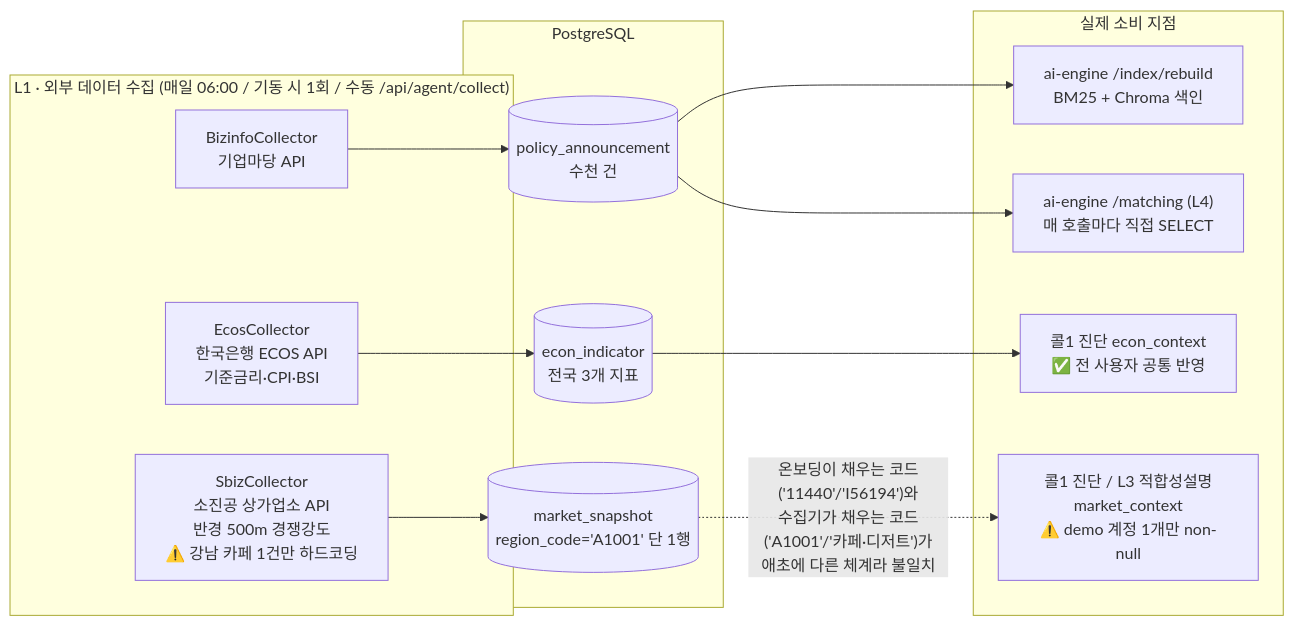
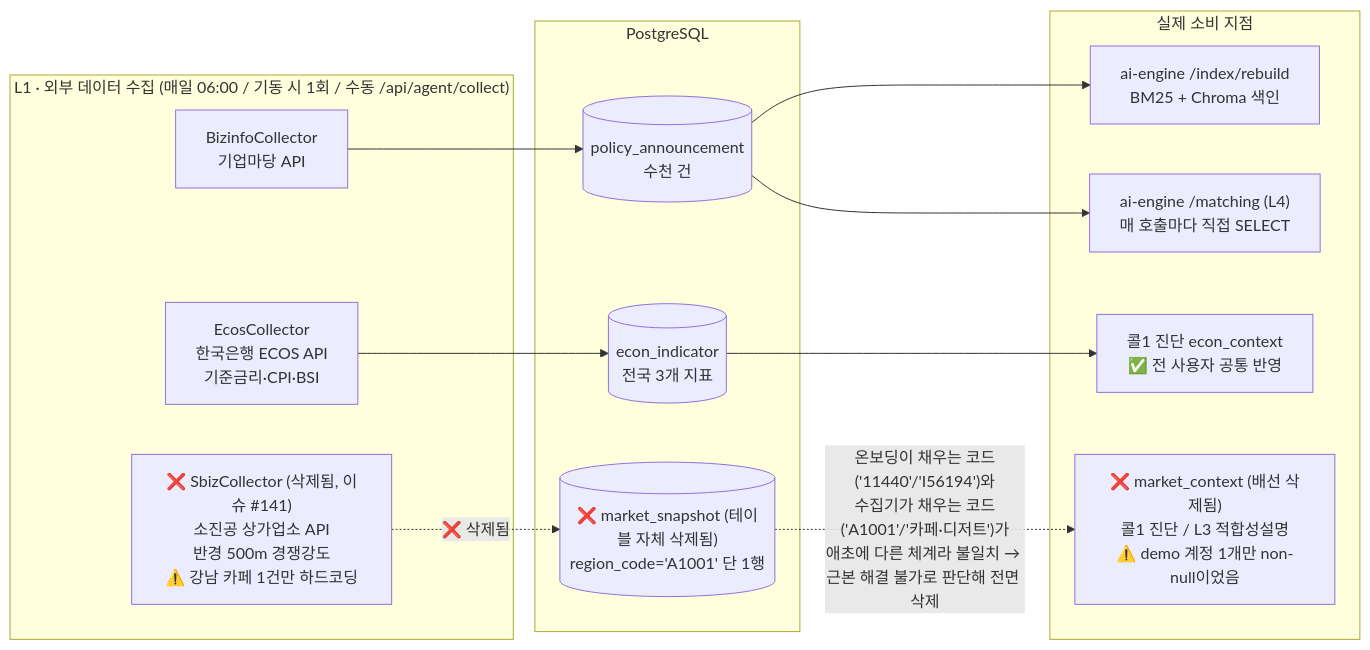
The diagram in doc/2026-07-28/external_data_collectors_deep_dive_2026-07-28.md (KB-AI-Challenge-Just-it/opro), drawn with Mermaid before and after one commit. The commit also changed other lines of this file and 3 other files, not shown here.

First line of the commit message:
docs: 예선 기술명세서 참고 문서 신규 작성 + 07-28 문서군 SbizCollector 삭제 반영 갱신

````diff
--- a/doc/2026-07-28/external_data_collectors_deep_dive_2026-07-28.md
+++ b/doc/2026-07-28/external_data_collectors_deep_dive_2026-07-28.md
@@ -100,27 +109,27 @@
 ```mermaid
 flowchart LR
     subgraph 수집["L1 · 외부 데이터 수집 (매일 06:00 / 기동 시 1회 / 수동 /api/agent/collect)"]
         BIZ["BizinfoCollector<br/>기업마당 API"]
         ECOS["EcosCollector<br/>한국은행 ECOS API<br/>기준금리·CPI·BSI"]
-        SBIZ["SbizCollector<br/>소진공 상가업소 API<br/>반경 500m 경쟁강도<br/>⚠️ 강남 카페 1건만 하드코딩"]
+        SBIZ["❌ SbizCollector (삭제됨, 이슈 #141)<br/>소진공 상가업소 API<br/>반경 500m 경쟁강도<br/>⚠️ 강남 카페 1건만 하드코딩"]
     end
 
     subgraph 저장["PostgreSQL"]
         PA[("policy_announcement<br/>수천 건")]
         EI[("econ_indicator<br/>전국 3개 지표")]
-        MS[("market_snapshot<br/>region_code='A1001' 단 1행")]
+        MS[("❌ market_snapshot (테이블 자체 삭제됨)<br/>region_code='A1001' 단 1행")]
     end
 
     subgraph 소비["실제 소비 지점"]
         IDX["ai-engine /index/rebuild<br/>BM25 + Chroma 색인"]
         MATCH["ai-engine /matching (L4)<br/>매 호출마다 직접 SELECT"]
         DIAG_ECON["콜1 진단 econ_context<br/>✅ 전 사용자 공통 반영"]
-        DIAG_MKT["콜1 진단 / L3 적합성설명<br/>market_context<br/>⚠️ demo 계정 1개만 non-null"]
+        DIAG_MKT["❌ market_context (배선 삭제됨)<br/>콜1 진단 / L3 적합성설명<br/>⚠️ demo 계정 1개만 non-null이었음"]
     end
 
     BIZ --> PA
     PA --> IDX
     PA --> MATCH
     ECOS --> EI --> DIAG_ECON
-    SBIZ --> MS -.->|"온보딩이 채우는 코드('11440'/'I56194')와<br/>수집기가 채우는 코드('A1001'/'카페·디저트')가<br/>애초에 다른 체계라 불일치"| DIAG_MKT
+    SBIZ -.->|"❌ 삭제됨"| MS -.->|"온보딩이 채우는 코드('11440'/'I56194')와<br/>수집기가 채우는 코드('A1001'/'카페·디저트')가<br/>애초에 다른 체계라 불일치 → 근본 해결 불가로 판단해 전면 삭제"| DIAG_MKT
 ```
````
